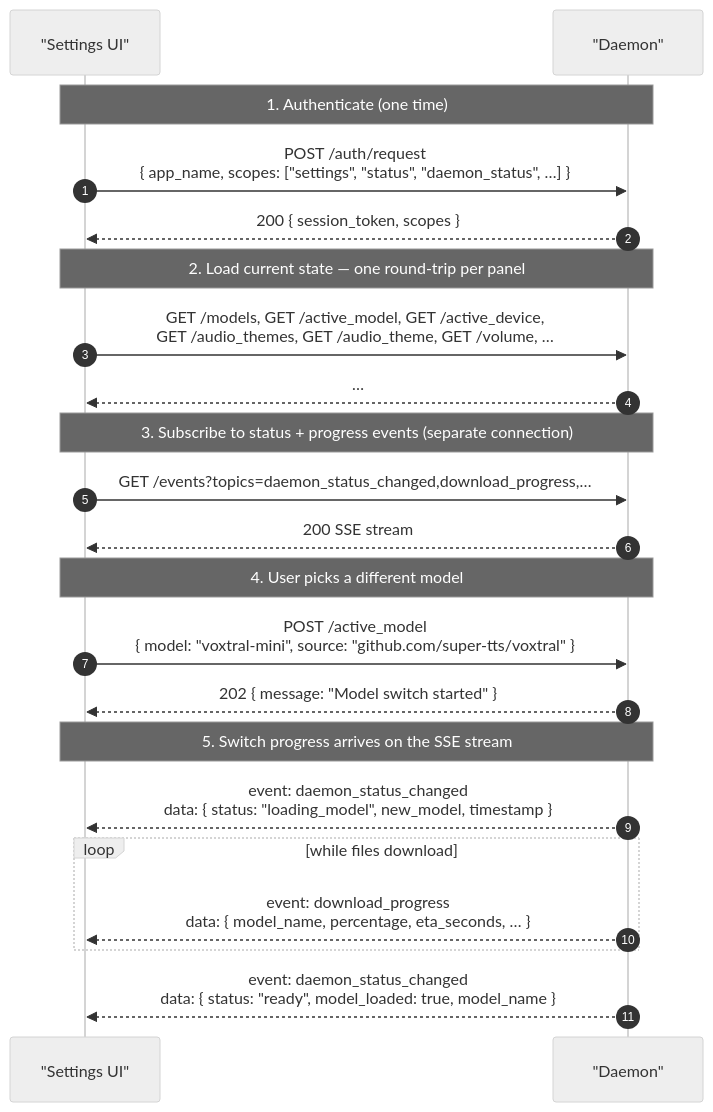
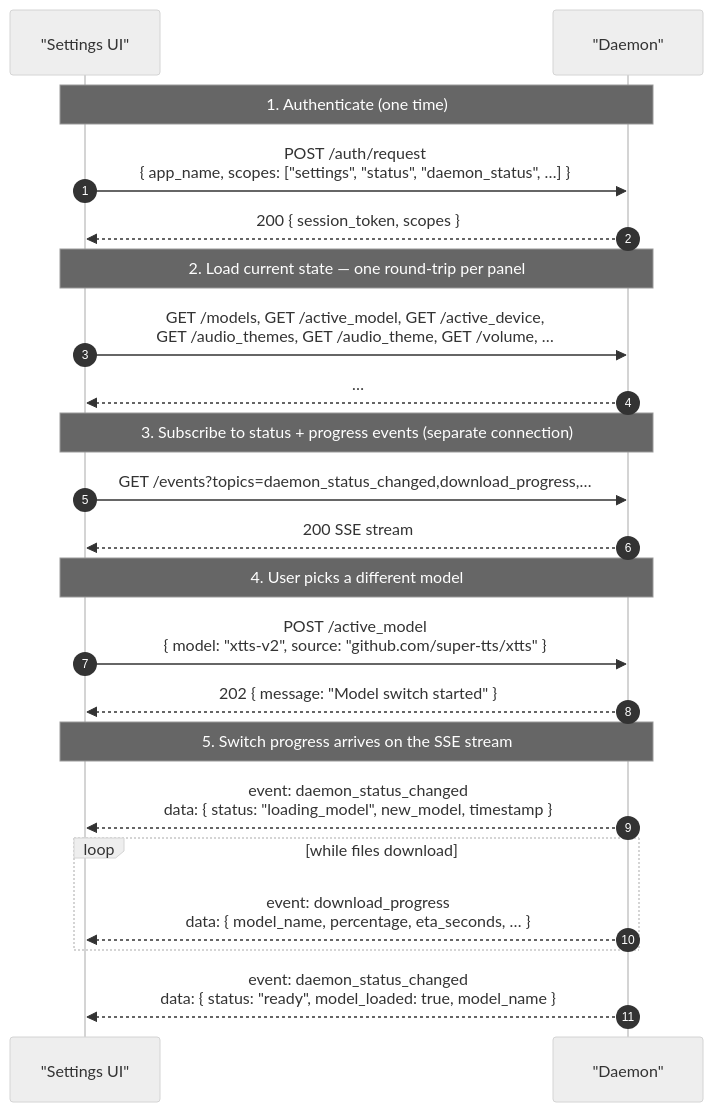
The diagram in docs/protocol/scopes/settings.md (super-libre/super-tts), drawn with Mermaid (neutral theme) before and after one commit. The commit also changed other lines of this file and 268 other files, not shown here.

````diff
--- a/docs/protocol/scopes/settings.md
+++ b/docs/protocol/scopes/settings.md
@@ -79,29 +75,29 @@
 ```mermaid
 sequenceDiagram
     autonumber
     participant App as "Settings UI"
     participant D as "Daemon"
 
     Note over App,D: 1. Authenticate (one time)
     App->>D: POST /auth/request<br/>{ app_name, scopes: ["settings", "status", "daemon_status", …] }
     D-->>App: 200 { session_token, scopes }
 
     Note over App,D: 2. Load current state — one round-trip per panel
     App->>D: GET /models, GET /active_model, GET /active_device,<br/>      GET /audio_themes, GET /audio_theme, GET /volume, …
     D-->>App: …
 
     Note over App,D: 3. Subscribe to status + progress events (separate connection)
     App->>D: GET /events?topics=daemon_status_changed,download_progress,…
     D-->>App: 200 SSE stream
 
     Note over App,D: 4. User picks a different model
-    App->>D: POST /active_model<br/>{ model: "voxtral-mini", source: "github.com/super-tts/voxtral" }
+    App->>D: POST /active_model<br/>{ model: "xtts-v2", source: "github.com/super-tts/xtts" }
     D-->>App: 202 { message: "Model switch started" }
 
     Note over App,D: 5. Switch progress arrives on the SSE stream
     D-->>App: event: daemon_status_changed<br/>data: { status: "loading_model", new_model, timestamp }
     loop while files download
         D-->>App: event: download_progress<br/>data: { model_name, percentage, eta_seconds, … }
     end
     D-->>App: event: daemon_status_changed<br/>data: { status: "ready", model_loaded: true, model_name }
 ```
````
